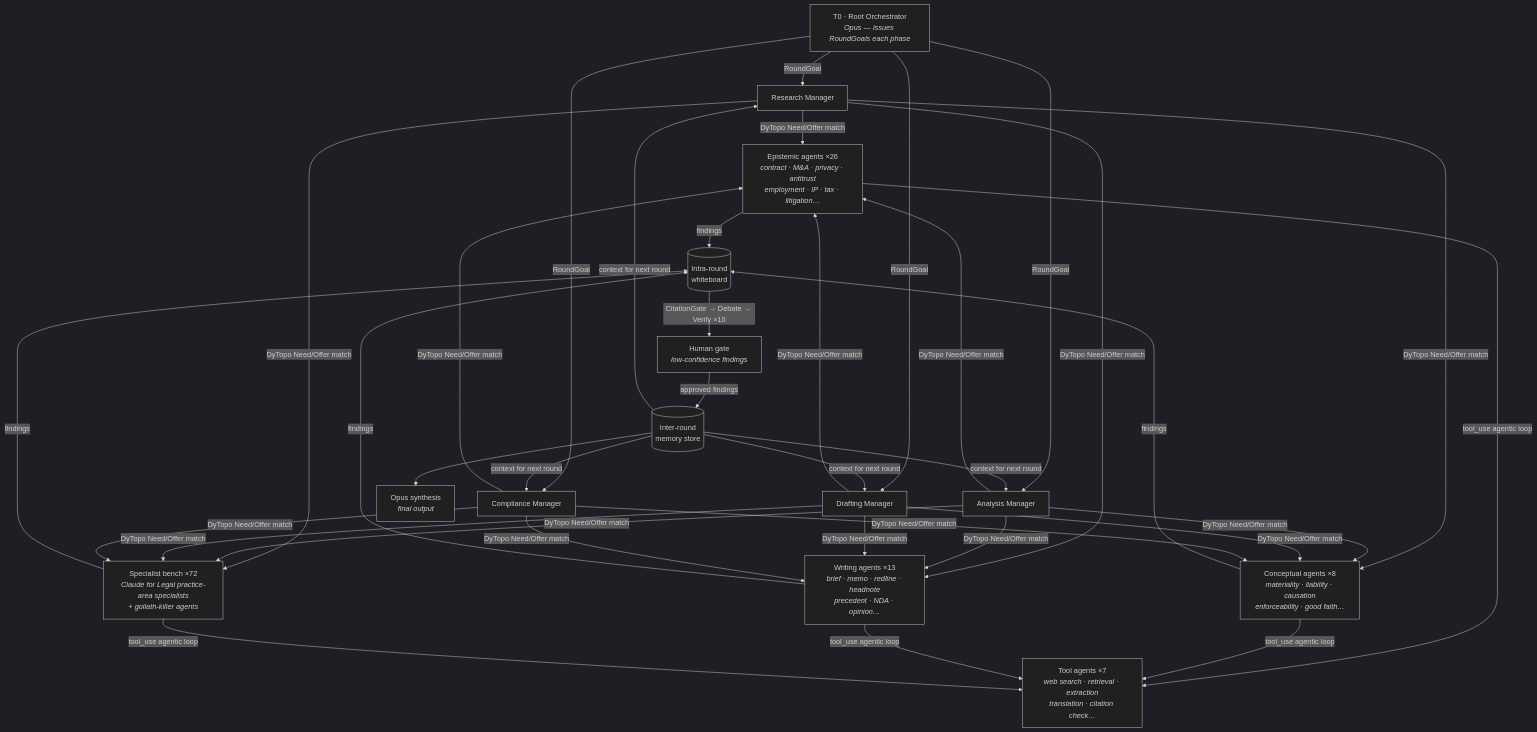
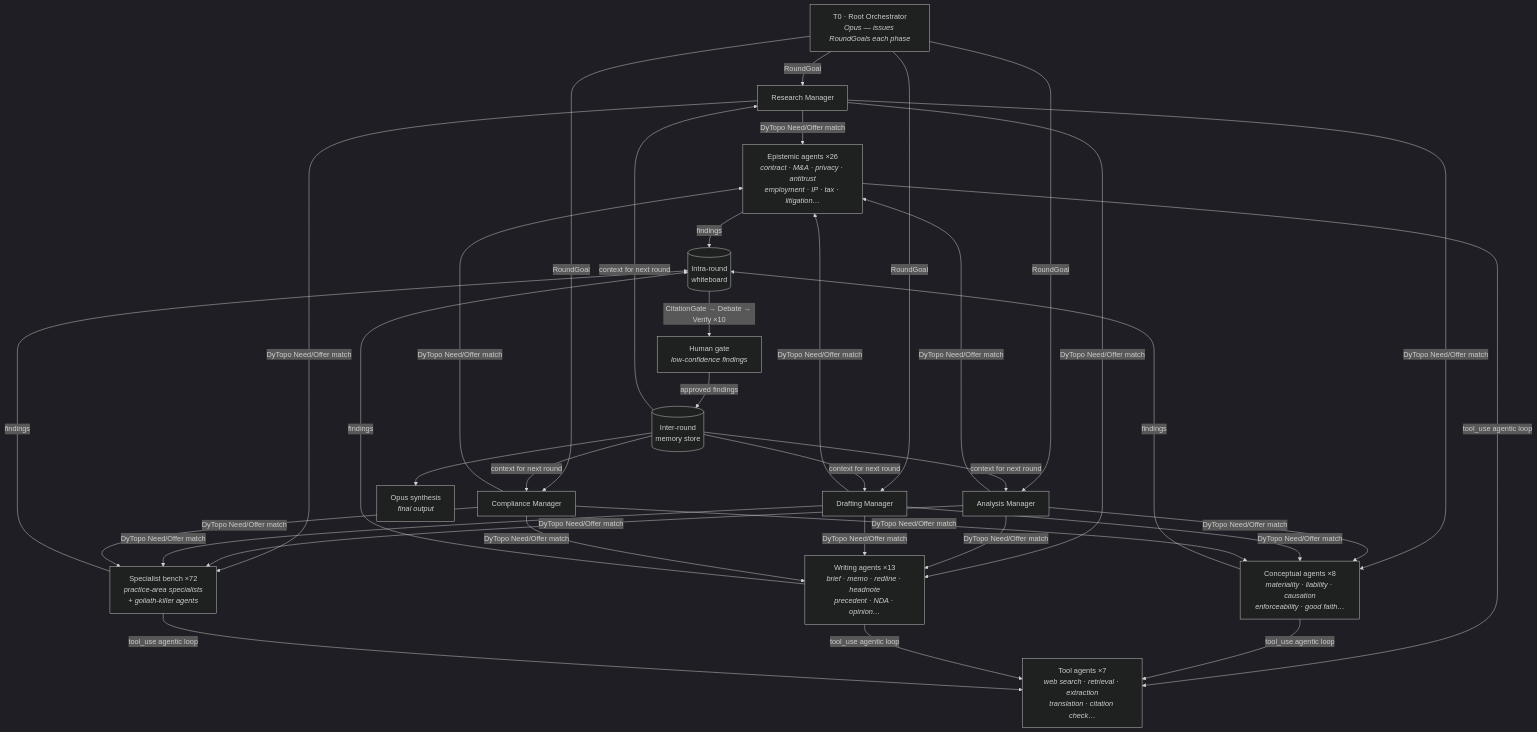
The second of 4 diagrams in README.md (discover-legal/BigLaw), drawn with Mermaid (dark theme) before and after one commit. The commit also changed other lines of this file and 54 other files, not shown here.

````diff
--- a/README.md
+++ b/README.md
@@ -346,26 +351,26 @@
 ```mermaid
 graph TD
     T0["T0 · Root Orchestrator<br/><i>Opus — issues RoundGoals each phase</i>"]
     T1R["Research Manager"]
     T1A["Analysis Manager"]
     T1D["Drafting Manager"]
     T1C["Compliance Manager"]
     T2E["Epistemic agents ×26<br/><i>contract · M&A · privacy · antitrust<br/>employment · IP · tax · litigation…</i>"]
     T2C["Conceptual agents ×8<br/><i>materiality · liability · causation<br/>enforceability · good faith…</i>"]
     T2W["Writing agents ×13<br/><i>brief · memo · redline · headnote<br/>precedent · NDA · opinion…</i>"]
-    T2S["Specialist bench ×72<br/><i>Claude for Legal practice-area specialists<br/>+ goliath-killer agents</i>"]
+    T2S["Specialist bench ×72<br/><i>practice-area specialists<br/>+ goliath-killer agents</i>"]
     T3["Tool agents ×7<br/><i>web search · retrieval · extraction<br/>translation · citation check…</i>"]
     WB[("Intra-round<br/>whiteboard")]
     MEM[("Inter-round<br/>memory store")]
     GATE["Human gate<br/><i>low-confidence findings</i>"]
     SYN["Opus synthesis<br/><i>final output</i>"]
 
     T0 -->|RoundGoal| T1R & T1A & T1D & T1C
     T1R & T1A & T1D & T1C -->|DyTopo Need/Offer match| T2E & T2C & T2W & T2S
     T2E & T2C & T2W & T2S -->|tool_use agentic loop| T3
     T2E & T2C & T2W & T2S -->|findings| WB
     WB -->|CitationGate → Debate → Verify ×10| GATE
     GATE -->|approved findings| MEM
     MEM -->|context for next round| T1R & T1A & T1D & T1C
     MEM --> SYN
 ```
````
